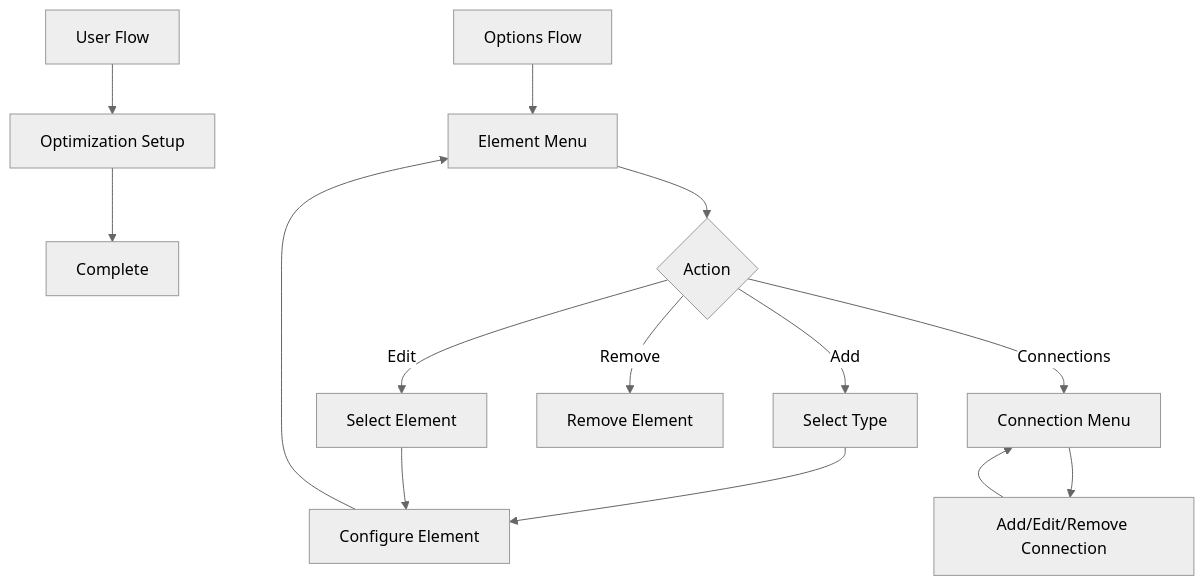
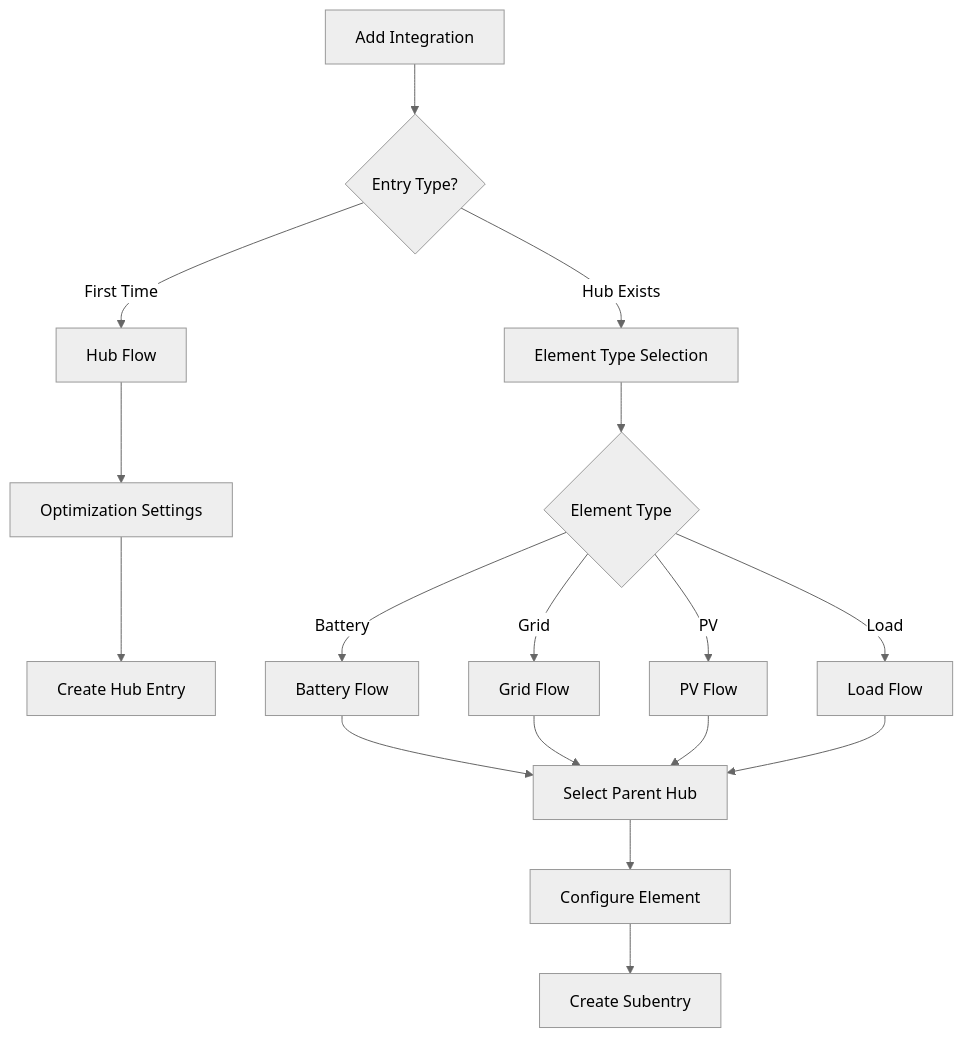
One commit to hass-energy/haeo changed the diagram in docs/developer-guide/config-flow.md. Above: the diagram before and after it, drawn with Mermaid (neutral theme). The commit also changed other lines of this file and 40 other files, not shown here.

````diff
--- a/docs/developer-guide/config-flow.md
+++ b/docs/developer-guide/config-flow.md
@@ -16,16 +27,19 @@
 ```mermaid
 graph TD
-    A[User Flow] --> B[Optimization Setup]
-    B --> C[Complete]
-    D[Options Flow] --> E[Element Menu]
-    E --> F{Action}
-    F -->|Add| G[Select Type]
-    F -->|Edit| H[Select Element]
-    F -->|Remove| I[Remove Element]
-    F -->|Connections| J[Connection Menu]
-    G --> K[Configure Element]
-    H --> K
-    K --> E
-    J --> L[Add/Edit/Remove Connection]
-    L --> J
+    A[Add Integration] --> B{Entry Type?}
+    B -->|First Time| C[Hub Flow]
+    B -->|Hub Exists| D[Element Type Selection]
+    C --> E[Optimization Settings]
+    E --> F[Create Hub Entry]
+    D --> G{Element Type}
+    G -->|Battery| H[Battery Flow]
+    G -->|Grid| I[Grid Flow]
+    G -->|PV| J[PV Flow]
+    G -->|Load| K[Load Flow]
+    H --> L[Select Parent Hub]
+    I --> L
+    J --> L
+    K --> L
+    L --> M[Configure Element]
+    M --> N[Create Subentry]
 ```
````
